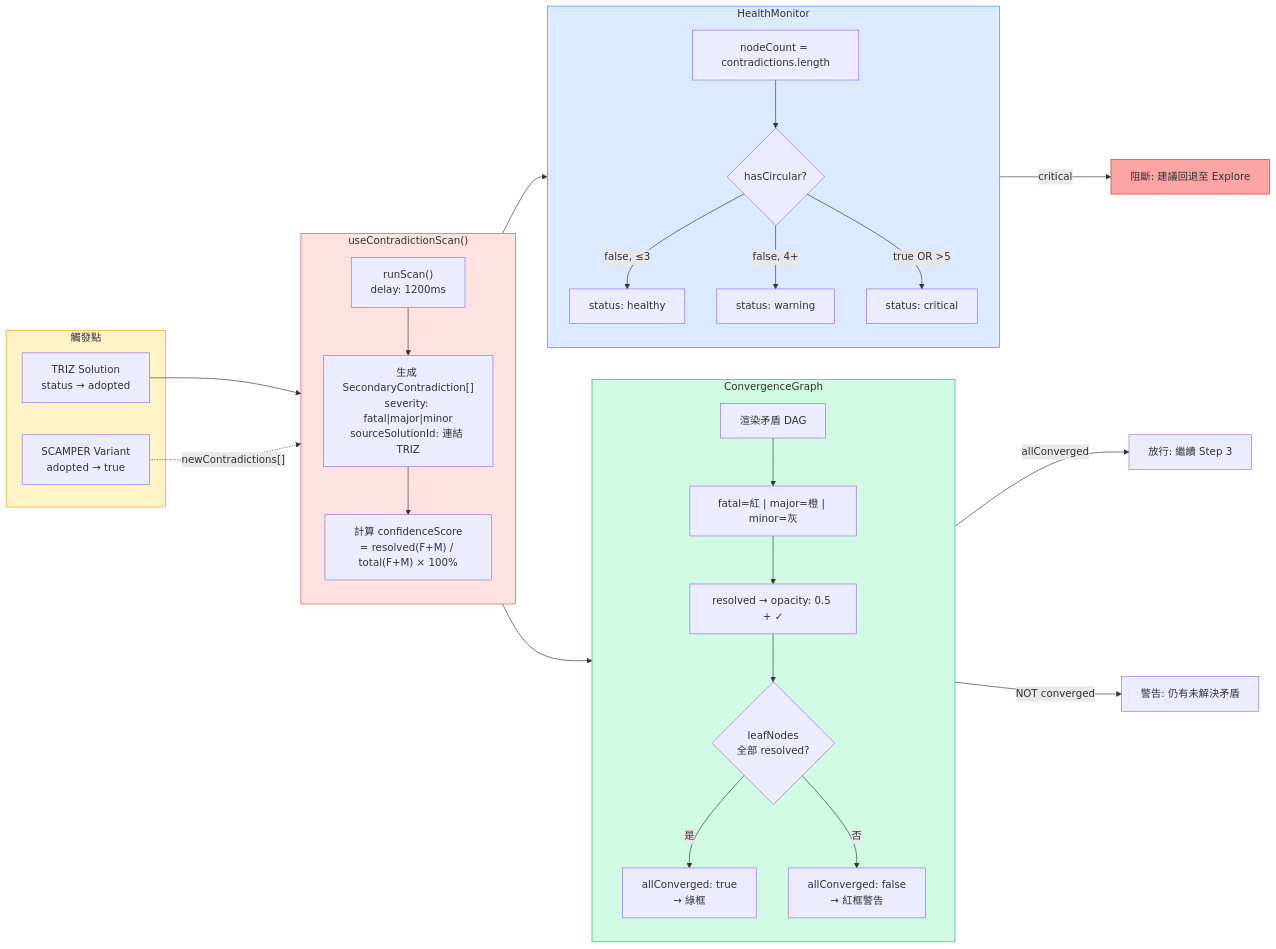
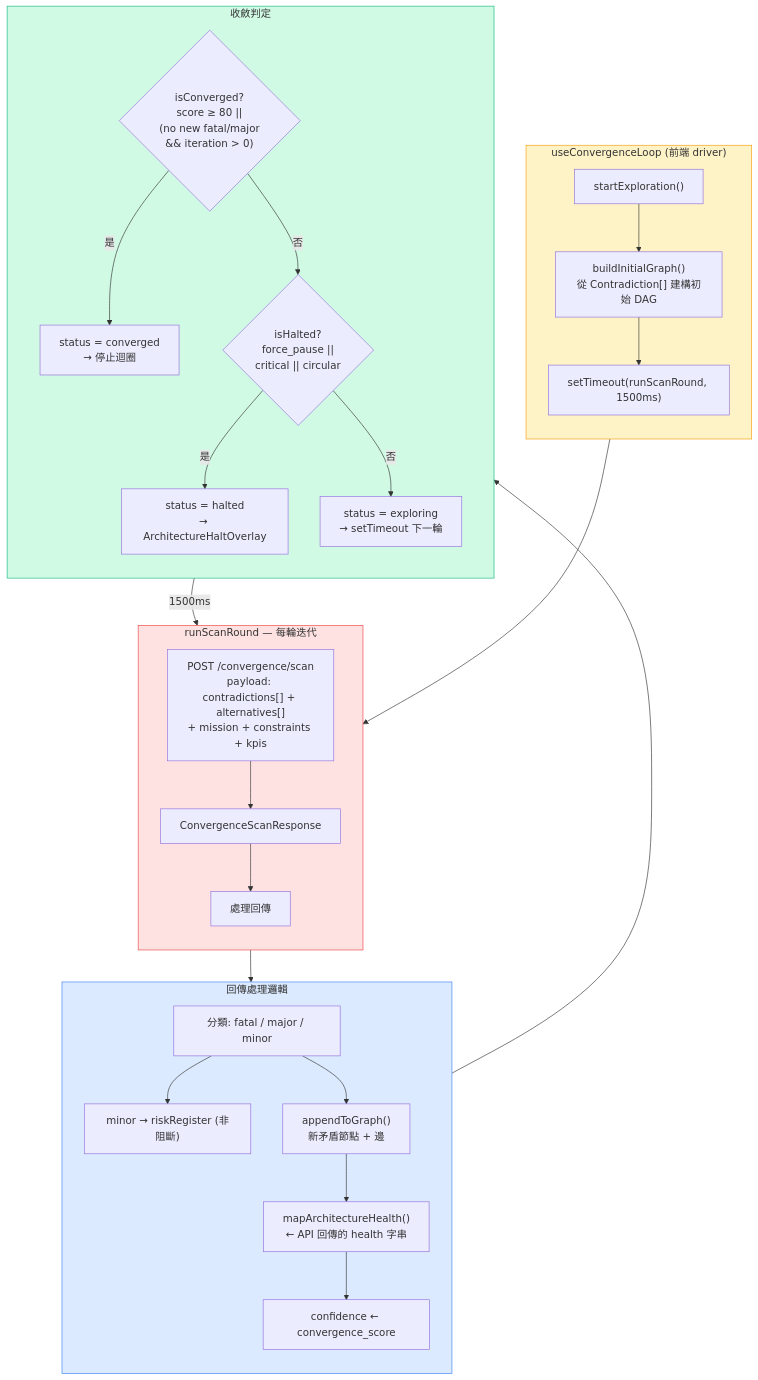
Before and after one commit to JIA-HONG-CHU/design-copilot-blueprint: the third of 5 diagrams in docs/diagrams/triz-to-scamper-flow.md, drawn with Mermaid. The commit also changed other lines of this file and 2 other files, not shown here.

First line of the commit message:
fix: align TRIZ-SCAMPER flow doc with code + add state guard & auto re-scan

````diff
--- a/docs/diagrams/triz-to-scamper-flow.md
+++ b/docs/diagrams/triz-to-scamper-flow.md
@@ -153,55 +165,52 @@
 ```mermaid
-flowchart LR
-    subgraph TRIGGER["觸發點"]
-        T1["TRIZ Solution<br/>status → adopted"]
-        T2["SCAMPER Variant<br/>adopted → true"]
+flowchart TB
+    subgraph DRIVER["useConvergenceLoop (前端 driver)"]
+        direction TB
+        START["startExploration()"]
+        BUILD["buildInitialGraph()<br/>從 Contradiction[] 建構初始 DAG"]
+        SCHEDULE["setTimeout(runScanRound, 1500ms)"]
+        START --> BUILD --> SCHEDULE
     end
 
-    subgraph SCAN["useContradictionScan()"]
+    subgraph API_CALL["runScanRound — 每輪迭代"]
         direction TB
-        R1["runScan()<br/>delay: 1200ms"]
-        R2["生成 SecondaryContradiction[]<br/>severity: fatal|major|minor<br/>sourceSolutionId: 連結 TRIZ"]
-        R3["計算 confidenceScore<br/>= resolved(F+M) / total(F+M) × 100%"]
-        R1 --> R2 --> R3
+        REQ["POST /convergence/scan<br/>payload: contradictions[] + alternatives[]<br/>+ mission + constraints + kpis"]
+        RES["ConvergenceScanResponse"]
+        PROCESS["處理回傳"]
+        REQ --> RES --> PROCESS
     end
 
-    subgraph HEALTH["HealthMonitor"]
+    subgraph PROCESS_DETAIL["回傳處理邏輯"]
         direction TB
-        H1["nodeCount = contradictions.length"]
-        H2{"hasCircular?"}
-        H3["status: healthy"]
-        H4["status: warning"]
-        H5["status: critical"]
-        H1 --> H2
-        H2 -->|"false, ≤3"| H3
-        H2 -->|"false, 4+"| H4
-        H2 -->|"true OR >5"| H5
+        P1["分類: fatal / major / minor"]
+        P2["minor → riskRegister (非阻斷)"]
+        P3["appendToGraph()<br/>新矛盾節點 + 邊"]
+        P4["mapArchitectureHealth()<br/>← API 回傳的 health 字串"]
+        P5["confidence ← convergence_score"]
+        P1 --> P2
+        P1 --> P3
+        P3 --> P4 --> P5
     end
 
-    subgraph CONV["ConvergenceGraph"]
+    subgraph DECIDE["收斂判定"]
         direction TB
-        G1["渲染矛盾 DAG"]
-        G2["fatal=紅 | major=橙 | minor=灰"]
-        G3["resolved → opacity: 0.5 + ✓"]
-        G4{"leafNodes<br/>全部 resolved?"}
-        G5["allConverged: true<br/>→ 綠框"]
-        G6["allConverged: false<br/>→ 紅框警告"]
-        G1 --> G2 --> G3 --> G4
-        G4 -->|"是"| G5
-        G4 -->|"否"| G6
+        D1{"isConverged?<br/>score ≥ 80 ||<br/>(no new fatal/major<br/>&& iteration > 0)"}
+        D2{"isHalted?<br/>force_pause ||<br/>critical || circular"}
+        D3["status = converged<br/>→ 停止迴圈"]
+        D4["status = halted<br/>→ ArchitectureHaltOverlay"]
+        D5["status = exploring<br/>→ setTimeout 下一輪"]
+        D1 -->|"是"| D3
+        D1 -->|"否"| D2
+        D2 -->|"是"| D4
+        D2 -->|"否"| D5
+        D5 -->|"1500ms"| REQ
     end
 
-    T1 --> SCAN
-    T2 -.->|"newContradictions[]"| SCAN
-    SCAN --> HEALTH
-    SCAN --> CONV
-    HEALTH -->|"critical"| BLOCK["阻斷: 建議回退至 Explore"]
-    CONV -->|"allConverged"| PASS["放行: 繼續 Step 3"]
-    CONV -->|"NOT converged"| WARN["警告: 仍有未解決矛盾"]
+    SCHEDULE --> REQ
+    PROCESS --> PROCESS_DETAIL --> DECIDE
 
-    style TRIGGER fill:#FEF3C7,stroke:#F59E0B
-    style SCAN fill:#FEE2E2,stroke:#EF4444
-    style HEALTH fill:#DBEAFE,stroke:#3B82F6
-    style CONV fill:#D1FAE5,stroke:#10B981
-    style BLOCK fill:#FCA5A5,stroke:#DC2626
+    style DRIVER fill:#FEF3C7,stroke:#F59E0B
+    style API_CALL fill:#FEE2E2,stroke:#EF4444
+    style PROCESS_DETAIL fill:#DBEAFE,stroke:#3B82F6
+    style DECIDE fill:#D1FAE5,stroke:#10B981
 ```
````
